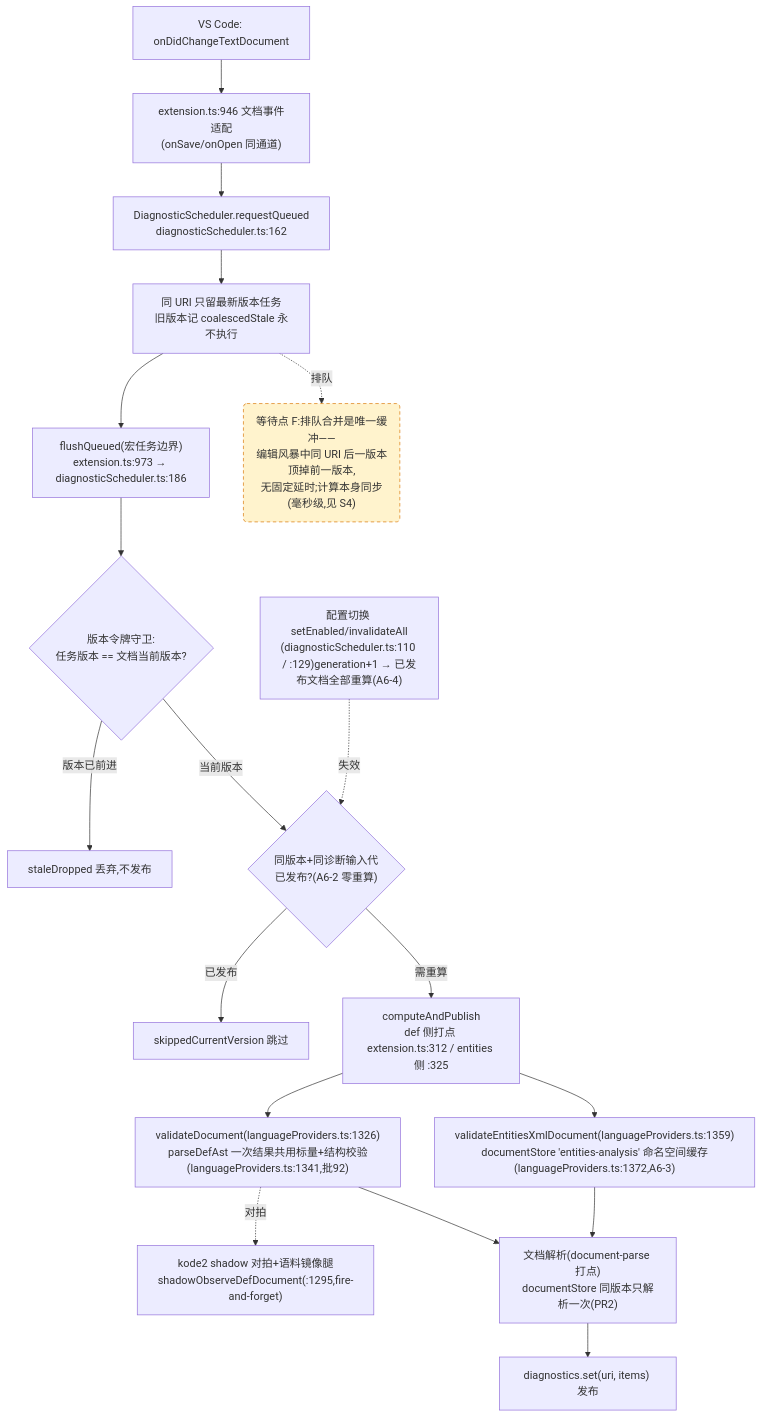
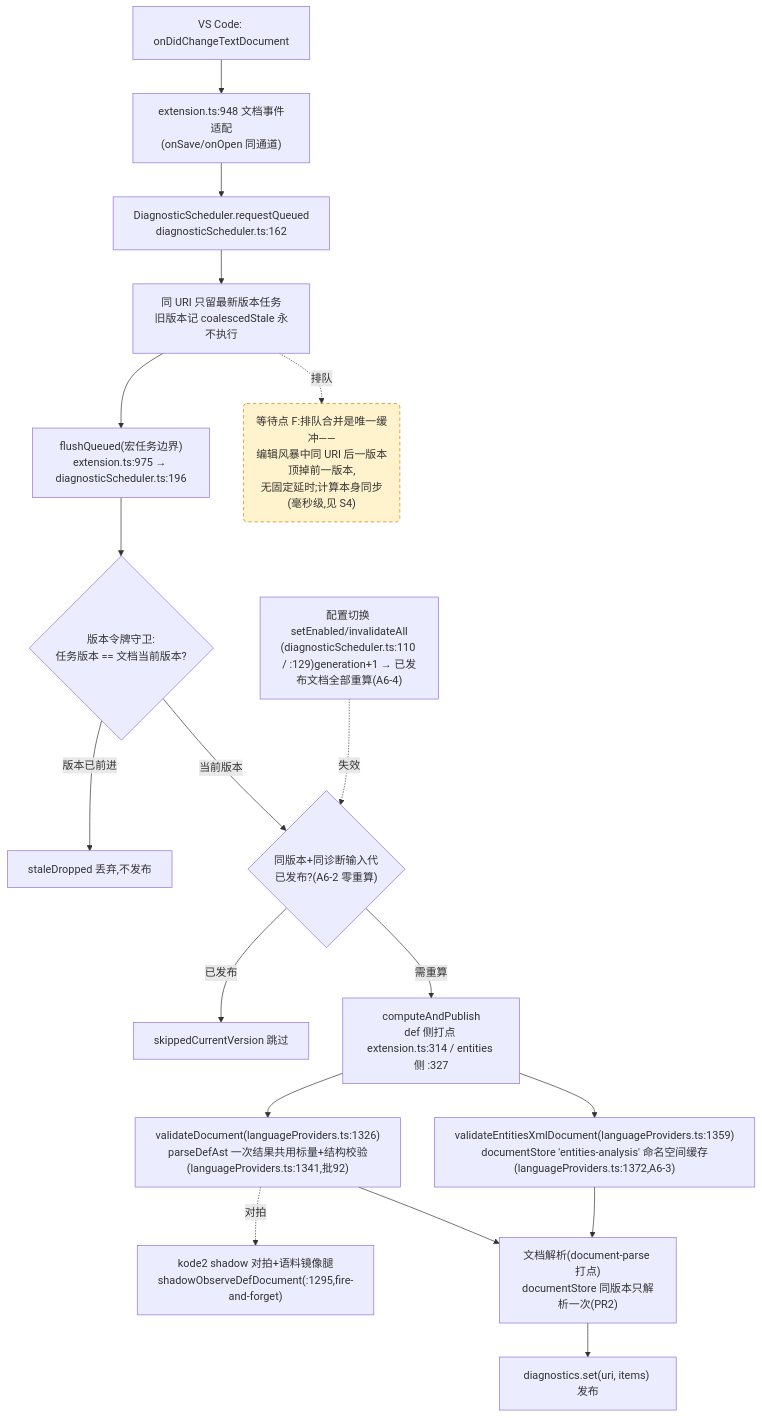
The fourth of 4 diagrams in docs/perf/2026-baseline.md (cuihairu/kode), drawn with Mermaid before and after one commit. The commit also changed other lines of this file and 6 other files, not shown here.

````diff
--- a/docs/perf/2026-baseline.md
+++ b/docs/perf/2026-baseline.md
@@ -214,38 +214,38 @@
 ```mermaid
 flowchart TD
   CHG["VS Code: onDidChangeTextDocument"]
-  WATCH["extension.ts:946 文档事件适配<br/>(onSave/onOpen 同通道)"]
+  WATCH["extension.ts:948 文档事件适配<br/>(onSave/onOpen 同通道)"]
   RQ["DiagnosticScheduler.requestQueued<br/>diagnosticScheduler.ts:162"]
   CO["同 URI 只留最新版本任务<br/>旧版本记 coalescedStale 永不执行"]
-  FL["flushQueued(宏任务边界)<br/>extension.ts:973 → diagnosticScheduler.ts:186"]
+  FL["flushQueued(宏任务边界)<br/>extension.ts:975 → diagnosticScheduler.ts:196"]
   VG{"版本令牌守卫:<br/>任务版本 == 文档当前版本?"}
   DROP["staleDropped 丢弃,不发布"]
   GEN{"同版本+同诊断输入代<br/>已发布?(A6-2 零重算)"}
   SKIP["skippedCurrentVersion 跳过"]
-  CALC["computeAndPublish<br/>def 侧打点 extension.ts:312 / entities 侧 :325"]
+  CALC["computeAndPublish<br/>def 侧打点 extension.ts:314 / entities 侧 :327"]
   VD["validateDocument(languageProviders.ts:1326)<br/>parseDefAst 一次结果共用标量+结构校验(languageProviders.ts:1341,批92)"]
   VEX["validateEntitiesXmlDocument(languageProviders.ts:1359)<br/>documentStore 'entities-analysis' 命名空间缓存(languageProviders.ts:1372,A6-3)"]
   SHDD["kode2 shadow 对拍+语料镜像腿<br/>shadowObserveDefDocument(:1295,fire-and-forget)"]
   DS["文档解析(document-parse 打点)<br/>documentStore 同版本只解析一次(PR2)"]
   PUB["diagnostics.set(uri, items) 发布"]
   CFG2["配置切换 setEnabled/invalidateAll<br/>(diagnosticScheduler.ts:110 / :129)generation+1 → 已发布文档全部重算(A6-4)"]
 
   CHG --> WATCH --> RQ --> CO --> FL --> VG
   VG -- "版本已前进" --> DROP
   VG -- "当前版本" --> GEN
   GEN -- "已发布" --> SKIP
   GEN -- "需重算" --> CALC
   CALC --> VD
   CALC --> VEX
   VD --> DS
   VEX --> DS
   DS --> PUB
   VD -.->|对拍| SHDD
   CFG2 -.->|失效| GEN
 
   WAITF("等待点 F:排队合并是唯一缓冲——<br/>编辑风暴中同 URI 后一版本顶掉前一版本,<br/>无固定延时;计算本身同步(毫秒级,见 S4)")
   CO -.->|排队| WAITF
 
   classDef waitPoint fill:#fff3cd,stroke:#d97706,stroke-dasharray:5 4;
   class WAITF waitPoint;
 ```
````
